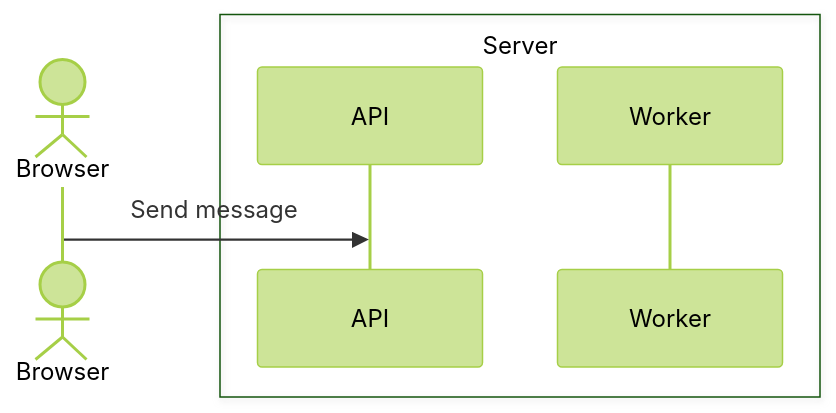
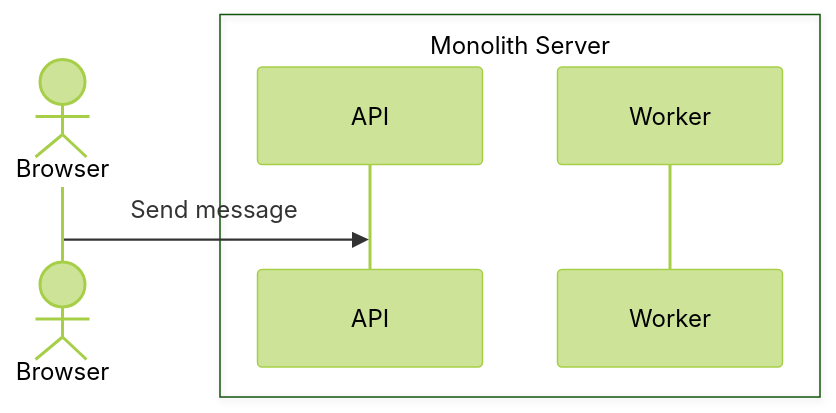
Before and after one commit to harryplusplus/home: the diagram in src/contents/projects/withsy.mdx, drawn with Mermaid (forest theme).

Commit message:
Update Sequence Diagram Label in Withsy Project Documentation
- Changed the label from "Server" to "Monolith Server" in the sequence diagram for improved clarity and accuracy in the project documentation.

````diff
--- a/src/contents/projects/withsy.mdx
+++ b/src/contents/projects/withsy.mdx
@@ -15,11 +15,11 @@
 ```mermaid
 sequenceDiagram
 actor br as Browser
-box Server
+box Monolith Server
   participant ap as API
   participant wo as Worker
 end
 
 br->>ap: Send message
 
 ```
````
